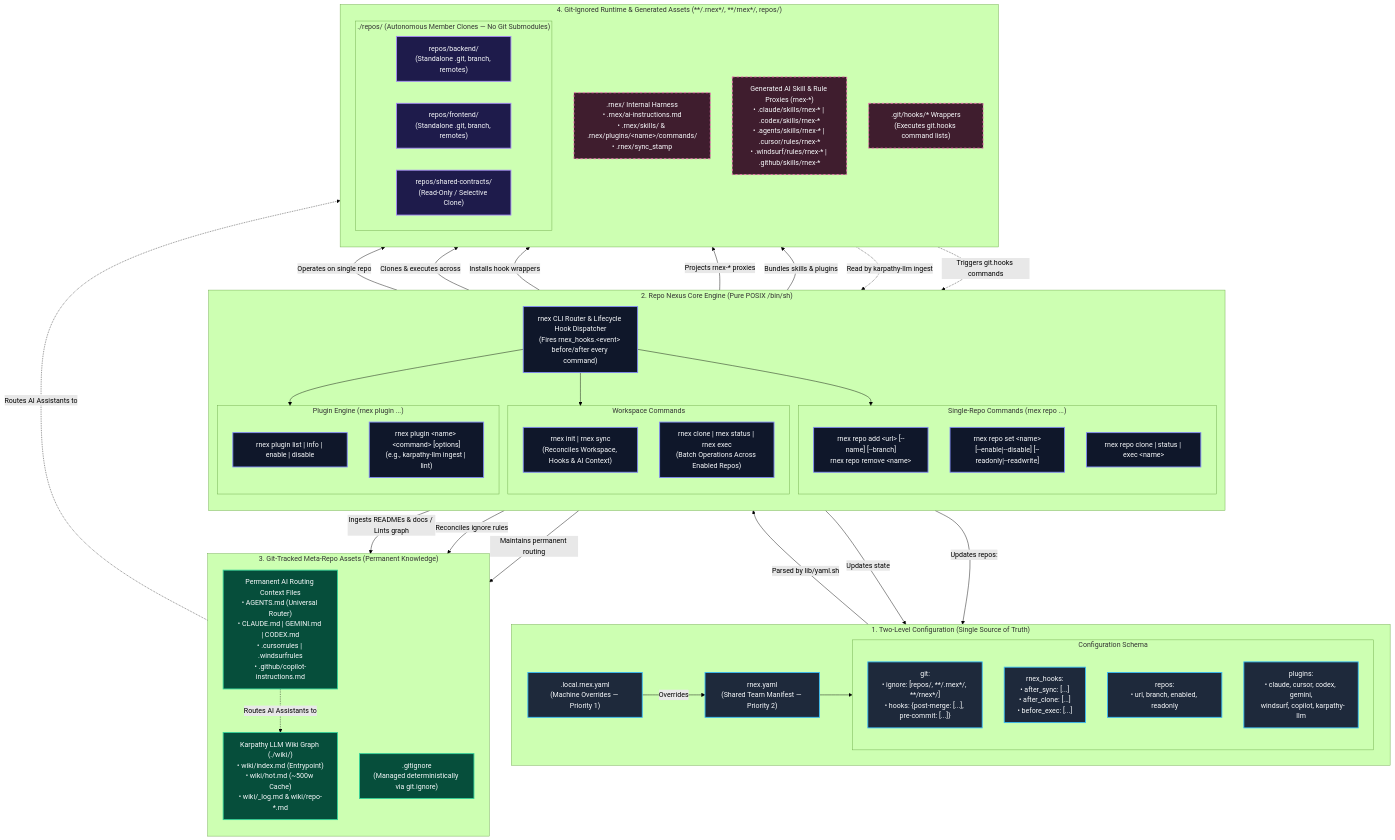
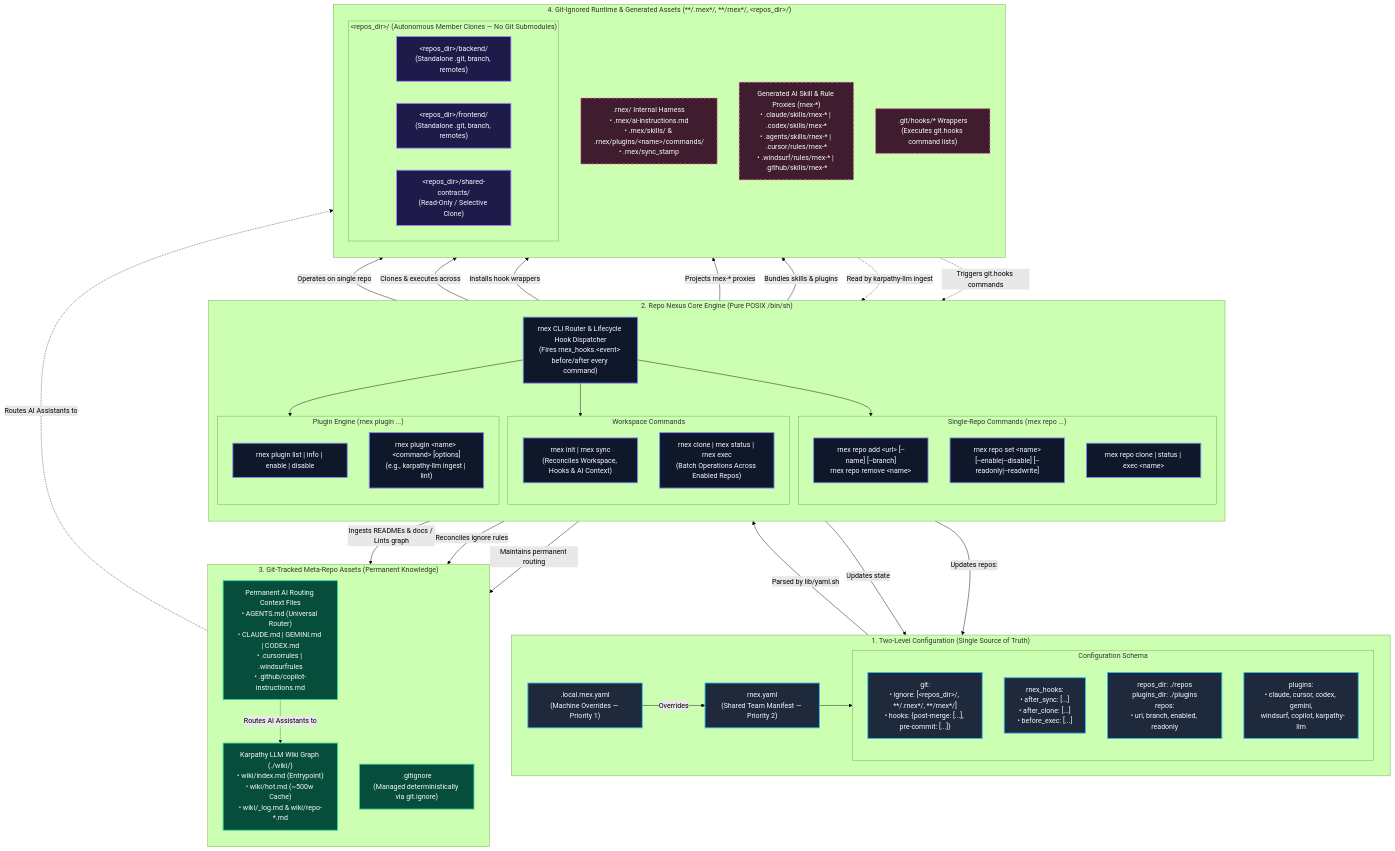
One commit to unoxen/repo-nexus changed the diagram in docs/documentation/architecture.md. Above: the diagram before and after it, drawn with Mermaid (forest theme). The commit also changed other lines of this file and 36 other files, not shown here.

```diff
--- a/docs/documentation/architecture.md
+++ b/docs/documentation/architecture.md
@@ -29,9 +29,9 @@
         SharedYaml["rnex.yaml<br/>(Shared Team Manifest — Priority 2)"]:::config
         
         subgraph SchemaSections["Configuration Schema"]
-            GitSchema["git:<br/>• ignore: [repos/, **/.rnex*/, **/rnex*/]<br/>• hooks: {post-merge: [...], pre-commit: [...]}"]:::config
+            GitSchema["git:<br/>• ignore: [&lt;repos_dir&gt;/, **/.rnex*/, **/rnex*/]<br/>• hooks: {post-merge: [...], pre-commit: [...]}"]:::config
             RnexHooksSchema["rnex_hooks:<br/>• after_sync: [...]<br/>• after_clone: [...]<br/>• before_exec: [...]"]:::config
-            ReposSchema["repos:<br/>• url, branch, enabled, readonly"]:::config
+            ReposSchema["repos_dir: ./repos<br/>plugins_dir: ./plugins<br/>repos:<br/>• url, branch, enabled, readonly"]:::config
             PluginsSchema["plugins:<br/>• claude, cursor, codex, gemini,<br/>  windsurf, copilot, karpathy-llm"]:::config
         end
 
@@ -71,16 +71,16 @@
         GitIgnoreFile[".gitignore<br/>(Managed deterministically via git.ignore)"]:::tracked
     end
 
-    subgraph GitIgnored["4. Git-Ignored Runtime &amp; Generated Assets (**/.rnex*/, **/rnex*/, repos/)"]
+    subgraph GitIgnored["4. Git-Ignored Runtime &amp; Generated Assets (**/.rnex*/, **/rnex*/, &lt;repos_dir&gt;/)"]
         direction TB
         RnexDir[".rnex/ Internal Harness<br/>• .rnex/ai-instructions.md<br/>• .rnex/skills/ &amp; .rnex/plugins/&lt;name&gt;/commands/<br/>• .rnex/sync_stamp"]:::ignored
         AIProxies["Generated AI Skill &amp; Rule Proxies (rnex-*)<br/>• .claude/skills/rnex-* | .codex/skills/rnex-*<br/>• .agents/skills/rnex-* | .cursor/rules/rnex-*<br/>• .windsurf/rules/rnex-* | .github/skills/rnex-*"]:::ignored
         GitHooksDir[".git/hooks/* Wrappers<br/>(Executes git.hooks command lists)"]:::ignored
 
-        subgraph MemberRepos["./repos/ (Autonomous Member Clones — No Git Submodules)"]
-            RepoA["repos/backend/<br/>(Standalone .git, branch, remotes)"]:::repo
-            RepoB["repos/frontend/<br/>(Standalone .git, branch, remotes)"]:::repo
-            RepoC["repos/shared-contracts/<br/>(Read-Only / Selective Clone)"]:::repo
+        subgraph MemberRepos["&lt;repos_dir&gt;/ (Autonomous Member Clones — No Git Submodules)"]
+            RepoA["&lt;repos_dir&gt;/backend/<br/>(Standalone .git, branch, remotes)"]:::repo
+            RepoB["&lt;repos_dir&gt;/frontend/<br/>(Standalone .git, branch, remotes)"]:::repo
+            RepoC["&lt;repos_dir&gt;/shared-contracts/<br/>(Read-Only / Selective Clone)"]:::repo
         end
     end
 
```
